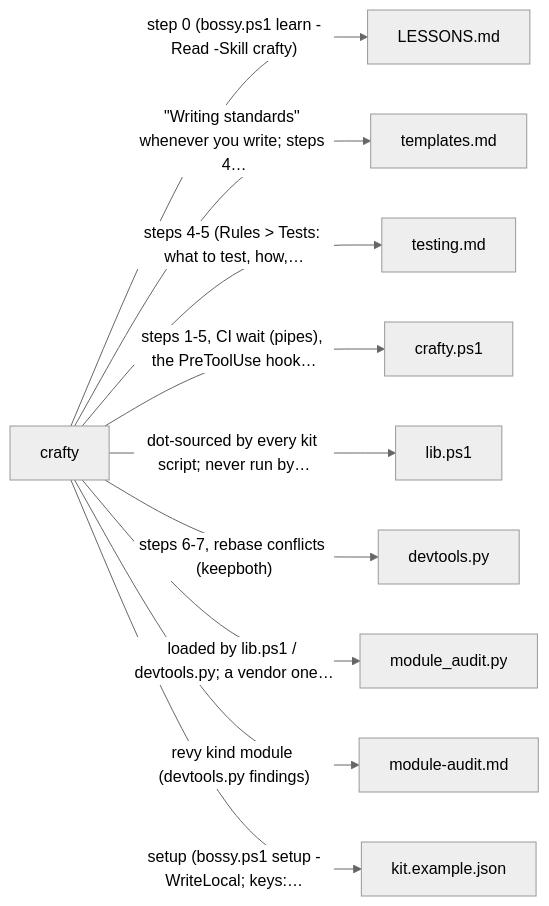
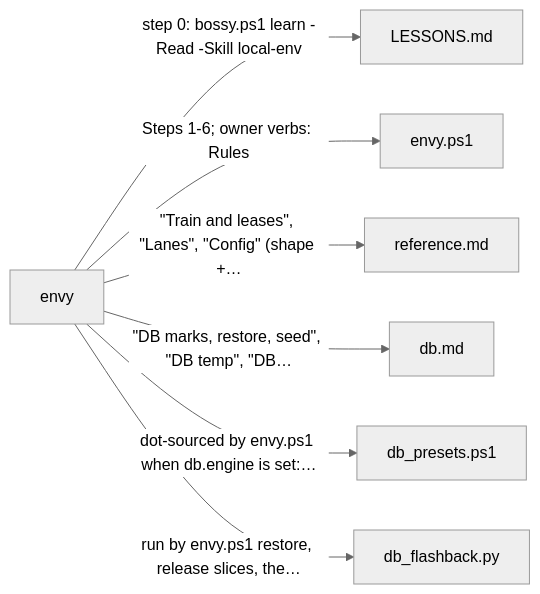
The sixth of 7 diagrams in README.md (prskid1000/claude-crew), drawn with Mermaid (neutral theme) before and after one commit. The commit also changed other lines of this file and 96 other files, not shown here.

First line of the commit message:
feat(kit): capabilities, phone lanes and vendor adapters on main

````diff
--- a/README.md
+++ b/README.md
@@ -445,13 +520,10 @@
 ```mermaid
 flowchart LR
-  skills_crafty_SKILL_md["crafty"]
-  skills_crafty_SKILL_md -->|"step 0 (bossy.ps1 learn -Read -Skill crafty)"| LESSONS_md["LESSONS.md"]
-  skills_crafty_SKILL_md -->|"#quot;Writing standards#quot; whenever you write; steps 4…"| skills_crafty_templates_md["templates.md"]
-  skills_crafty_SKILL_md -->|"steps 4-5 (Rules #gt; Tests: what to test, how,…"| skills_crafty_testing_md["testing.md"]
-  skills_crafty_SKILL_md -->|"steps 1-5, CI wait (pipes), the PreToolUse hook…"| skills_crafty_crafty_ps1["crafty.ps1"]
-  skills_crafty_SKILL_md -->|"dot-sourced by every kit script; never run by…"| skills_crafty_lib_ps1["lib.ps1"]
-  skills_crafty_SKILL_md -->|"steps 6-7, rebase conflicts (keepboth)"| skills_crafty_devtools_py["devtools.py"]
-  skills_crafty_SKILL_md -->|"loaded by lib.ps1 / devtools.py; a vendor one…"| skills_crafty_adapters_module_audit_py["module_audit.py"]
-  skills_crafty_SKILL_md -->|"revy kind module (devtools.py findings)"| skills_crafty_module_audit_md["module-audit.md"]
-  skills_crafty_SKILL_md -->|"setup (bossy.ps1 setup -WriteLocal; keys:…"| skills_crafty_kit_example_json["kit.example.json"]
+  skills_envy_SKILL_md["envy"]
+  skills_envy_SKILL_md -->|"step 0: bossy.ps1 learn -Read -Skill local-env"| LESSONS_md["LESSONS.md"]
+  skills_envy_SKILL_md -->|"Steps 1-6; owner verbs: Rules"| skills_envy_envy_ps1["envy.ps1"]
+  skills_envy_SKILL_md -->|"#quot;Train and leases#quot;, #quot;Lanes#quot;, #quot;Config#quot; (shape +…"| skills_envy_reference_md["reference.md"]
+  skills_envy_SKILL_md -->|"#quot;DB marks, restore, seed#quot;, #quot;DB temp#quot;, #quot;DB…"| skills_envy_db_md["db.md"]
+  skills_envy_SKILL_md -->|"dot-sourced by envy.ps1 when db.engine is set:…"| skills_envy_adapters_db_presets_ps1["db_presets.ps1"]
+  skills_envy_SKILL_md -->|"run by envy.ps1 restore, release slices, the…"| skills_envy_adapters_db_flashback_py["db_flashback.py"]
 ```
````
